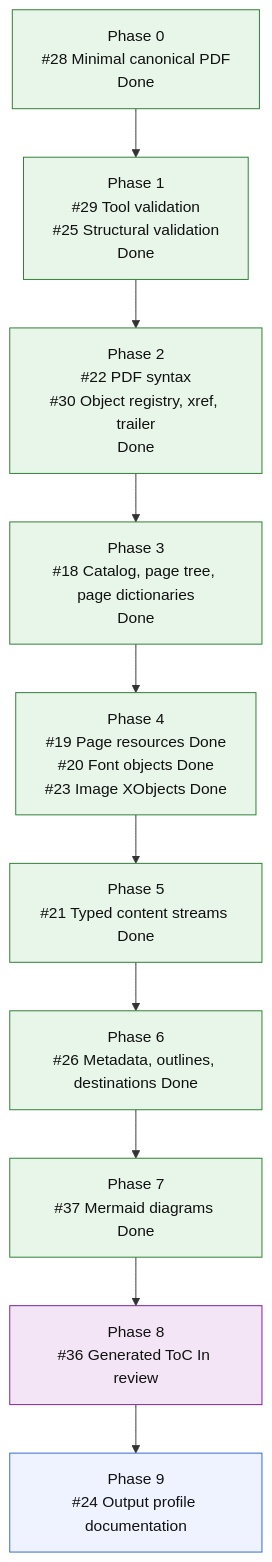
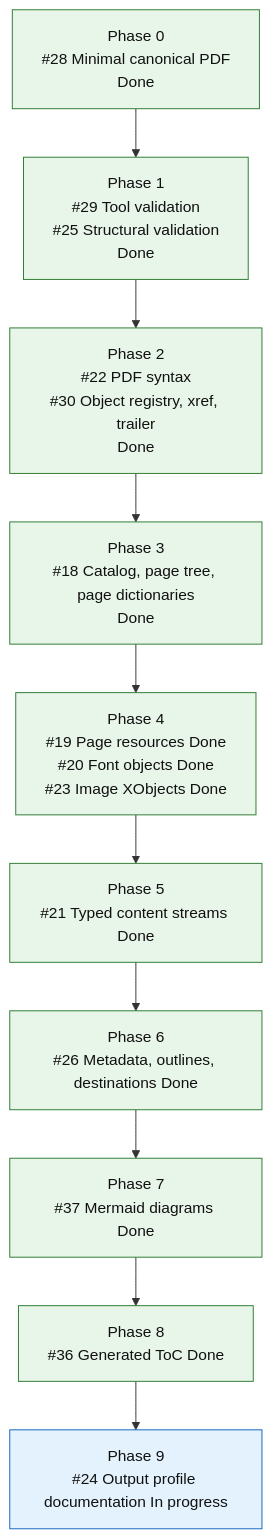
One commit to mihaelamj/MarkdownPDF changed the diagram in README.md. Above: the diagram before and after it, drawn with Mermaid.

Commit message:
docs(roadmap): mark output profile in progress

````diff
--- a/README.md
+++ b/README.md
@@ -138,24 +138,23 @@
 ```mermaid
 flowchart TD
     P0["Phase 0<br/>#28 Minimal canonical PDF<br/>Done"]
     P1["Phase 1<br/>#29 Tool validation<br/>#25 Structural validation<br/>Done"]
     P2["Phase 2<br/>#22 PDF syntax<br/>#30 Object registry, xref, trailer<br/>Done"]
     P3["Phase 3<br/>#18 Catalog, page tree, page dictionaries<br/>Done"]
     P4["Phase 4<br/>#19 Page resources Done<br/>#20 Font objects Done<br/>#23 Image XObjects Done"]
     P5["Phase 5<br/>#21 Typed content streams Done"]
     P6["Phase 6<br/>#26 Metadata, outlines, destinations Done"]
     P7["Phase 7<br/>#37 Mermaid diagrams Done"]
-    P8["Phase 8<br/>#36 Generated ToC In review"]
-    P9["Phase 9<br/>#24 Output profile documentation"]
+    P8["Phase 8<br/>#36 Generated ToC Done"]
+    P9["Phase 9<br/>#24 Output profile documentation In progress"]
 
     P0 --> P1 --> P2 --> P3 --> P4 --> P5 --> P6 --> P7 --> P8 --> P9
 
     classDef done fill:#e8f5e9,stroke:#2e7d32,color:#111;
     classDef active fill:#e3f2fd,stroke:#1565c0,color:#111;
     classDef review fill:#f3e5f5,stroke:#7b1fa2,color:#111;
     classDef next fill:#fff8e1,stroke:#f9a825,color:#111;
     classDef todo fill:#eef3ff,stroke:#3367d6,color:#111;
-    class P0,P1,P2,P3,P4,P5,P6,P7 done;
-    class P8 review;
-    class P9 todo;
+    class P0,P1,P2,P3,P4,P5,P6,P7,P8 done;
+    class P9 active;
 ```
````
